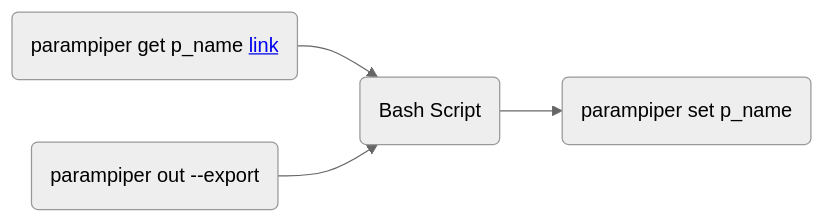
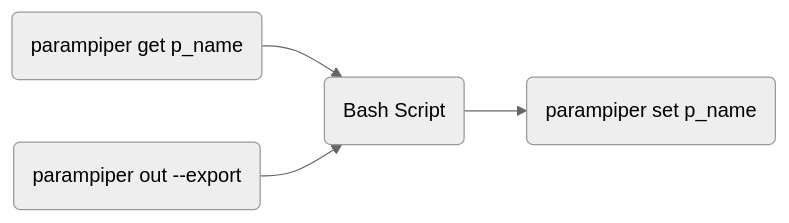
The first of 2 diagrams in README.md (cdalar/parampiper), drawn with Mermaid (neutral theme) before and after one commit. The commit also changed other lines of this file, not shown here.

````diff
--- a/README.md
+++ b/README.md
@@ -4,9 +6,10 @@
 ```mermaid
 flowchart LR
-X(parampiper get p_name <a href='http://google.com'>link</a>)--> A(Bash Script) -->B(parampiper set p_name)
+
+X(parampiper get p_name)--> A(Bash Script) -->B(parampiper set p_name)
 Y(parampiper out --export) --> A
 %% B --> C{Decision}
 %% C -->|One| D[Result 1]
 %% C -->|Two| E[Result 2]
 
 ```
````
